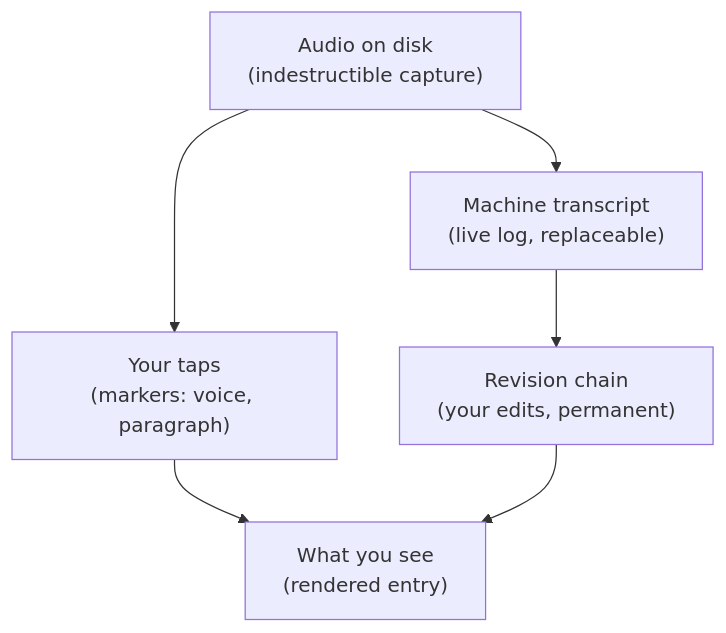
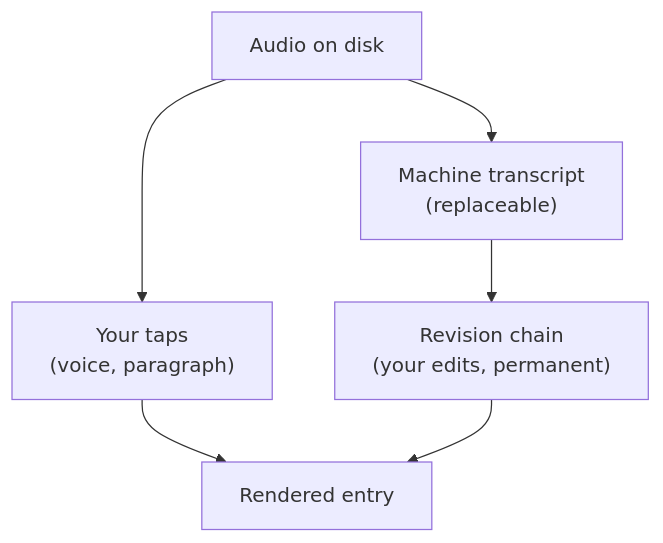
One commit to nicolovejoy/raconte changed the first of 2 diagrams in docs/overview.md. Above: the diagram before and after it, drawn with Mermaid. The commit also changed other lines of this file and 3 other files, not shown here.

````diff
--- a/docs/overview.md
+++ b/docs/overview.md
@@ -16,8 +12,8 @@
 ```mermaid
 flowchart TB
-    A["Audio on disk\n(indestructible capture)"] --> B["Machine transcript\n(live log, replaceable)"]
+    A["Audio on disk"] --> B["Machine transcript\n(replaceable)"]
     B --> C["Revision chain\n(your edits, permanent)"]
-    A --> M["Your taps\n(markers: voice, paragraph)"]
+    A --> M["Your taps\n(voice, paragraph)"]
     M --> D
-    C --> D["What you see\n(rendered entry)"]
+    C --> D["Rendered entry"]
 ```
````
